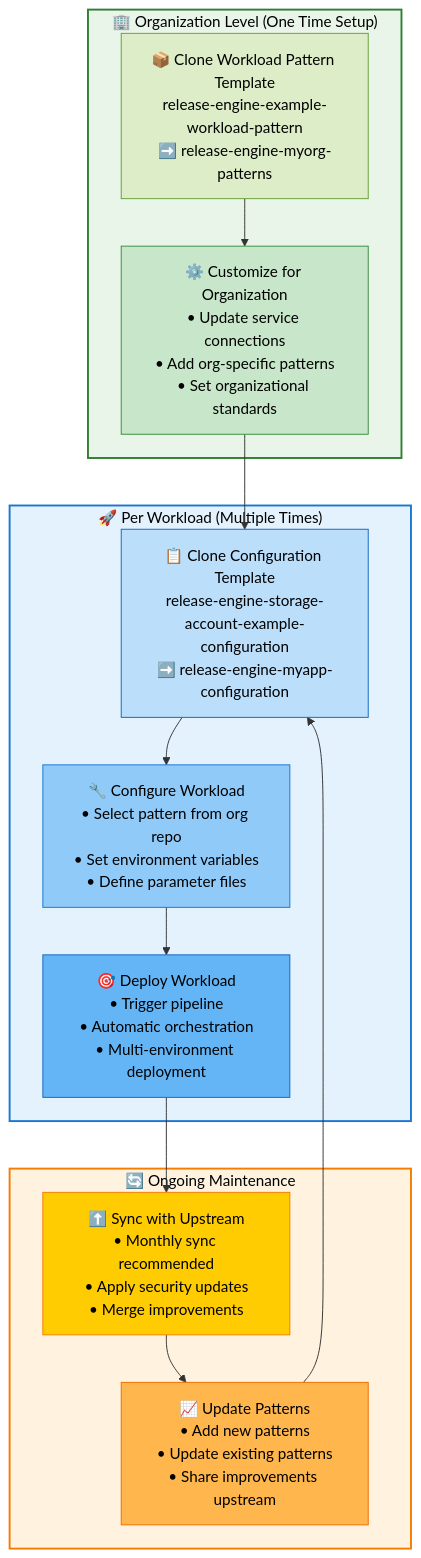
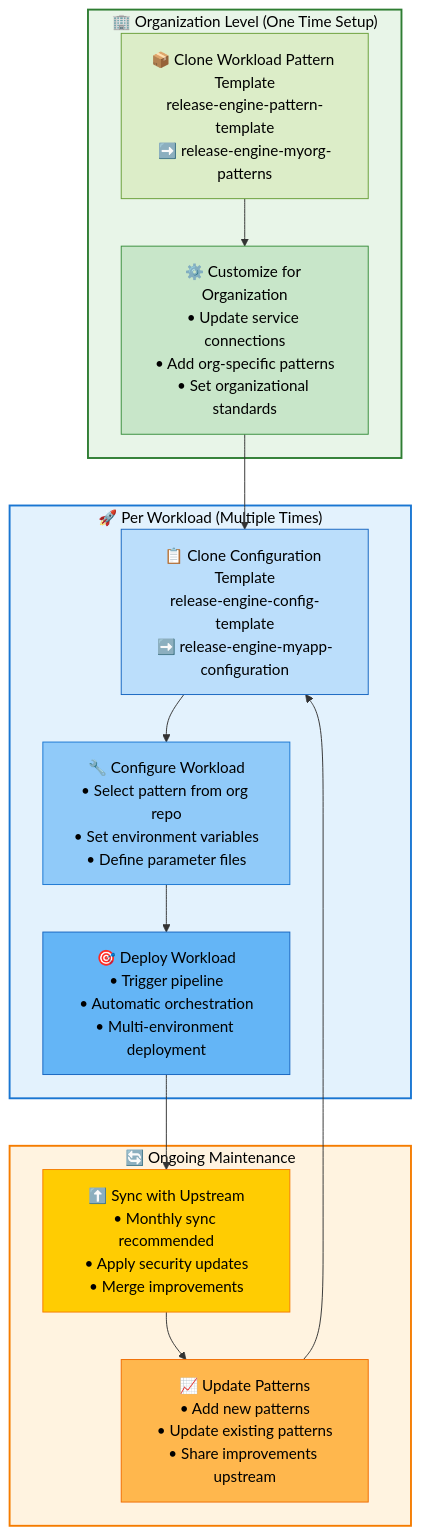
The fifth of 5 diagrams in docs/Release-Engine-Solution-Architecture.md (thecloudexplorers/release-engine), drawn with Mermaid before and after one commit. The commit also changed other lines of this file and 6 other files, not shown here.

````diff
--- a/docs/Release-Engine-Solution-Architecture.md
+++ b/docs/Release-Engine-Solution-Architecture.md
@@ -389,37 +389,37 @@
 ```mermaid
 graph TD
     subgraph Organization["🏢 Organization Level (One Time Setup)"]
-        OrgPattern["📦 Clone Workload Pattern Template<br/>release-engine-example-workload-pattern<br/>➡️ release-engine-myorg-patterns"]
+        OrgPattern["📦 Clone Workload Pattern Template<br/>release-engine-pattern-template<br/>➡️ release-engine-myorg-patterns"]
         OrgCustomize["⚙️ Customize for Organization<br/>• Update service connections<br/>• Add org-specific patterns<br/>• Set organizational standards"]
     end
     
     subgraph PerWorkload["🚀 Per Workload (Multiple Times)"]
-        WorkloadConfig["📋 Clone Configuration Template<br/>release-engine-storage-account-example-configuration<br/>➡️ release-engine-myapp-configuration"]
+        WorkloadConfig["📋 Clone Configuration Template<br/>release-engine-config-template<br/>➡️ release-engine-myapp-configuration"]
         WorkloadSetup["🔧 Configure Workload<br/>• Select pattern from org repo<br/>• Set environment variables<br/>• Define parameter files"]
         Deploy["🎯 Deploy Workload<br/>• Trigger pipeline<br/>• Automatic orchestration<br/>• Multi-environment deployment"]
     end
     
     subgraph Maintenance["🔄 Ongoing Maintenance"]
         Upstream["⬆️ Sync with Upstream<br/>• Monthly sync recommended<br/>• Apply security updates<br/>• Merge improvements"]
         Updates["📈 Update Patterns<br/>• Add new patterns<br/>• Update existing patterns<br/>• Share improvements upstream"]
     end
     
     OrgPattern --> OrgCustomize
     OrgCustomize --> WorkloadConfig
     WorkloadConfig --> WorkloadSetup
     WorkloadSetup --> Deploy
     Deploy --> Upstream
     Upstream --> Updates
     Updates --> WorkloadConfig
     
     style Organization fill:#e8f5e8,stroke:#2e7d32,stroke-width:2px,color:#000
     style PerWorkload fill:#e3f2fd,stroke:#1976d2,stroke-width:2px,color:#000
     style Maintenance fill:#fff3e0,stroke:#f57c00,stroke-width:2px,color:#000
     style OrgPattern fill:#dcedc8,stroke:#689f38,stroke-width:1px,color:#000
     style OrgCustomize fill:#c8e6c9,stroke:#388e3c,stroke-width:1px,color:#000
     style WorkloadConfig fill:#bbdefb,stroke:#1565c0,stroke-width:1px,color:#000
     style WorkloadSetup fill:#90caf9,stroke:#1976d2,stroke-width:1px,color:#000
     style Deploy fill:#64b5f6,stroke:#1565c0,stroke-width:1px,color:#000
     style Upstream fill:#ffcc02,stroke:#f57c00,stroke-width:1px,color:#000
     style Updates fill:#ffb74d,stroke:#ef6c00,stroke-width:1px,color:#000
 ```
````
